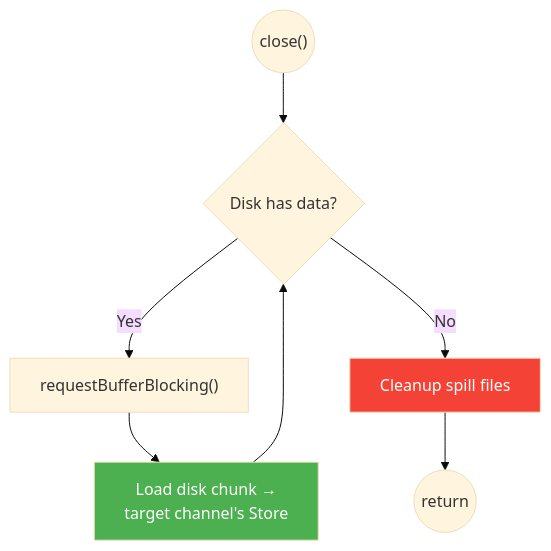
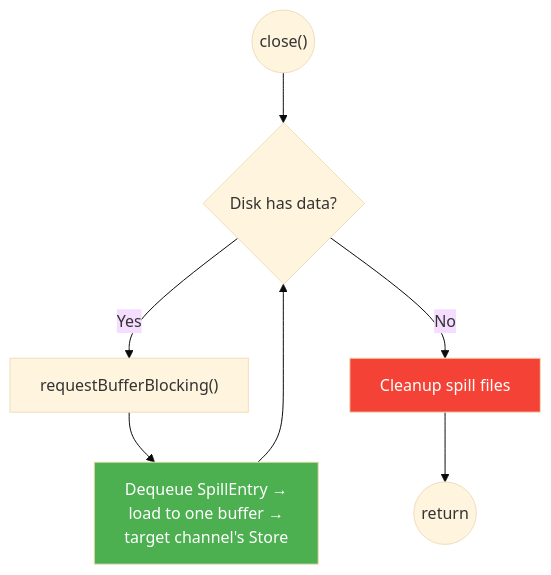
One commit to 1996fanrui/flink changed the sixth of 6 diagrams in requirements/38544/data_flow.md. Above: the diagram before and after it, drawn with Mermaid (base theme). The commit also changed other lines of this file and 5 other files, not shown here.

First line of the commit message:
[FLINK-38544] Align SpillEntry granularity with Network Buffer 1:1

````diff
--- a/requirements/38544/data_flow.md
+++ b/requirements/38544/data_flow.md
@@ -185,12 +185,12 @@
 ```mermaid
 flowchart TD
     C(("close()")) --> Check{"Disk has data?"}
     Check -- Yes --> Block["requestBufferBlocking()"]
-    Block --> Load["Load disk chunk →<br/>target channel's Store"]
+    Block --> Load["Dequeue SpillEntry →<br/>load to one buffer →<br/>target channel's Store"]
     Load --> Check
     Check -- No --> Cleanup["Cleanup spill files"]
     Cleanup --> End(("return"))
 
     style Load fill:#4CAF50,color:#fff
     style Cleanup fill:#F44336,color:#fff
 ```
````
